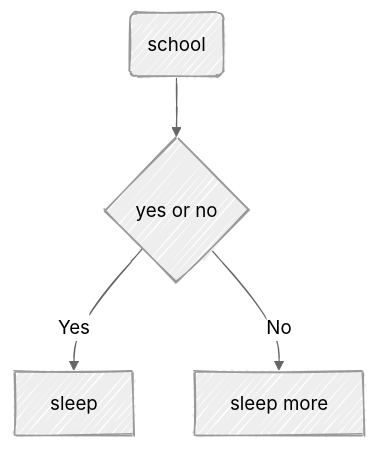
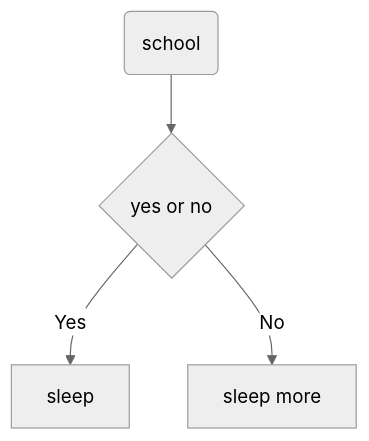
Before and after one commit to onnikiv/onnikiv: the diagram in README.md, drawn with Mermaid.

Commit message:
testing more

````diff
--- a/README.md
+++ b/README.md
@@ -3,11 +3,11 @@
 ```mermaid
 ---
 config:
-  look: handDrawn
+  look: dark
   theme: neutral
 ---
 flowchart TB
     A(school) --> B{yes or no}
     B -->|Yes| C[sleep]
     B -->|No| D[sleep more]
 ```
````
